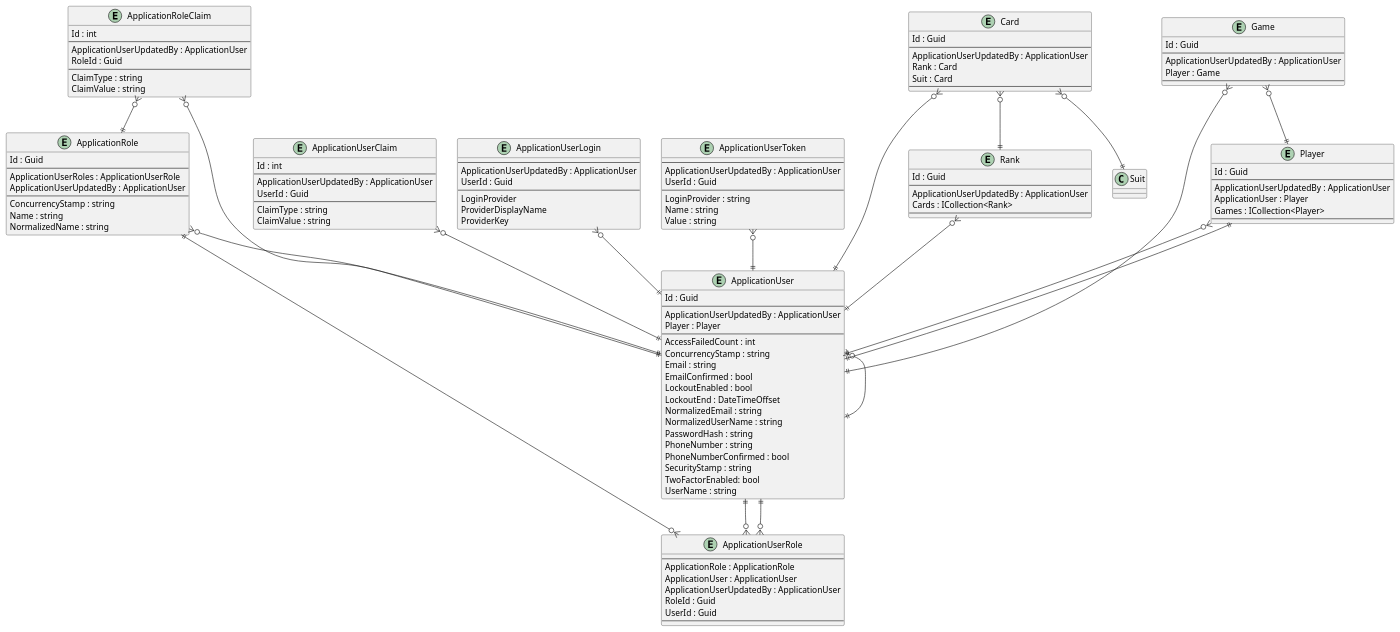
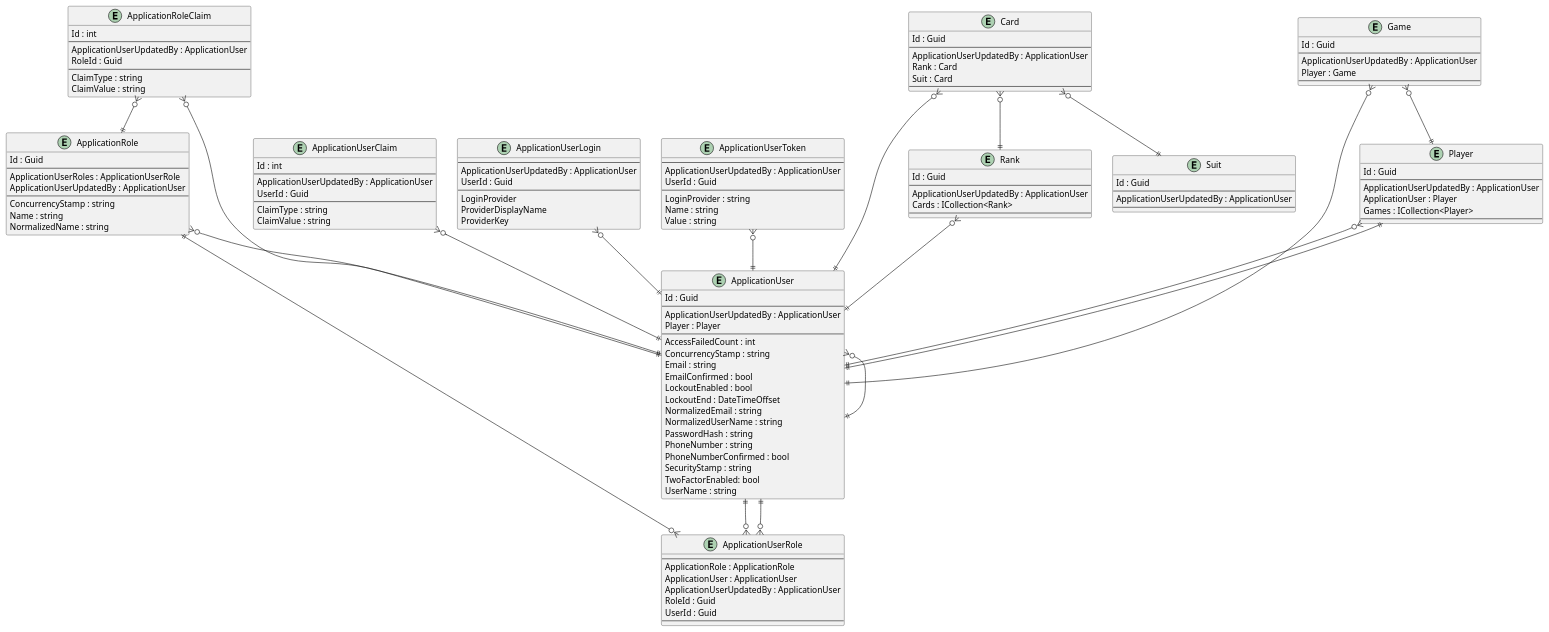
The diagram in .docs/Intrepion.KlondikeSolitaire.pu (intrepion/intrepion_klondike-solitaire_csharp), drawn with PlantUML before and after one commit.

Commit message:
gawk -i inplace "{ gsub(/' EntityCodePlaceholder/, \"entity Suit {\n\ \ \ \ Id : Guid\n\ \ \ \ --\n\ \ \ \ ApplicationUserUpdatedBy : ApplicationUser\n\ \ \ \ ' SuitKeyCodePlaceholder\n\ \ \ \ --\n\ \ \ \ ' SuitPropertyCodePlaceholder\n}\n\n' EntityCodePlaceholder\") }; { print }" .docs/Intrepion.KlondikeSolitaire.pu

```diff
--- a/.docs/Intrepion.KlondikeSolitaire.pu
+++ b/.docs/Intrepion.KlondikeSolitaire.pu
@@ -1,152 +1,161 @@
 @startuml
 
 entity ApplicationRole {
     Id : Guid
     --
     ApplicationUserRoles : ApplicationUserRole
     ApplicationUserUpdatedBy : ApplicationUser
     --
     ConcurrencyStamp : string
     Name : string
     NormalizedName : string
 }
 
 entity ApplicationRoleClaim {
     Id : int
     --
     ApplicationUserUpdatedBy : ApplicationUser
     RoleId : Guid
     --
     ClaimType : string
     ClaimValue : string
 }
 
 entity ApplicationUser {
     Id : Guid
     --
     ApplicationUserUpdatedBy : ApplicationUser
     Player : Player
     ' ApplicationUserKeyCodePlaceholder
     --
     AccessFailedCount : int
     ConcurrencyStamp : string
     Email : string
     EmailConfirmed : bool
     LockoutEnabled : bool
     LockoutEnd : DateTimeOffset
     NormalizedEmail : string
     NormalizedUserName : string
     PasswordHash : string
     PhoneNumber : string
     PhoneNumberConfirmed : bool
     SecurityStamp : string
     TwoFactorEnabled: bool
     UserName : string
 }
 
 entity ApplicationUserClaim {
     Id : int
     --
     ApplicationUserUpdatedBy : ApplicationUser
     UserId : Guid
     --
     ClaimType : string
     ClaimValue : string
 }
 
 entity ApplicationUserLogin {
     --
     ApplicationUserUpdatedBy : ApplicationUser
     UserId : Guid
     --
     LoginProvider
     ProviderDisplayName
     ProviderKey
 }
 
 entity ApplicationUserRole {
     --
     ApplicationRole : ApplicationRole
     ApplicationUser : ApplicationUser
     ApplicationUserUpdatedBy : ApplicationUser
     RoleId : Guid
     UserId : Guid
     --
 }
 
 entity ApplicationUserToken {
     --
     ApplicationUserUpdatedBy : ApplicationUser
     UserId : Guid
     --
     LoginProvider : string
     Name : string
     Value : string
 }
 
 entity Card {
     Id : Guid
     --
     ApplicationUserUpdatedBy : ApplicationUser
     Rank : Card
     Suit : Card
     ' CardKeyCodePlaceholder
     --
     ' CardPropertyCodePlaceholder
 }
 
 entity Game {
     Id : Guid
     --
     ApplicationUserUpdatedBy : ApplicationUser
     Player : Game
     ' GameKeyCodePlaceholder
     --
     ' GamePropertyCodePlaceholder
 }
 
 entity Player {
     Id : Guid
     --
     ApplicationUserUpdatedBy : ApplicationUser
     ApplicationUser : Player
     Games : ICollection<Player>
     ' PlayerKeyCodePlaceholder
     --
     ' PlayerPropertyCodePlaceholder
 }
 
 entity Rank {
     Id : Guid
     --
     ApplicationUserUpdatedBy : ApplicationUser
     Cards : ICollection<Rank>
     ' RankKeyCodePlaceholder
     --
     ' RankPropertyCodePlaceholder
 }
 
+entity Suit {
+    Id : Guid
+    --
+    ApplicationUserUpdatedBy : ApplicationUser
+    ' SuitKeyCodePlaceholder
+    --
+    ' SuitPropertyCodePlaceholder
+}
+
 ' EntityCodePlaceholder
 
 ApplicationRole ||--o{ ApplicationUserRole
 ApplicationRole }o--|| ApplicationUser
 ApplicationRoleClaim }o--|| ApplicationRole
 ApplicationRoleClaim }o--|| ApplicationUser
 ApplicationUser }o--|| ApplicationUser
 ApplicationUser ||--o{ ApplicationUserRole
 ApplicationUserClaim }o--|| ApplicationUser
 ApplicationUserLogin }o--|| ApplicationUser
 ApplicationUserRole }o--|| ApplicationUser
 ApplicationUserToken }o--|| ApplicationUser
 
 Card }o--|| ApplicationUser
 Card }o--|| Rank
 Card }o--|| Suit
 Game }o--|| ApplicationUser
 Game }o--|| Player
 Player }o--|| ApplicationUser
 Player ||--|| ApplicationUser
 Rank }o--|| ApplicationUser
 ' RelationshipCodePlaceholder
 
 @enduml
```
